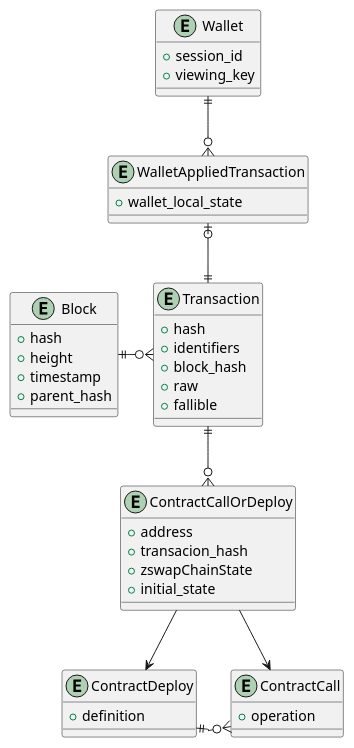
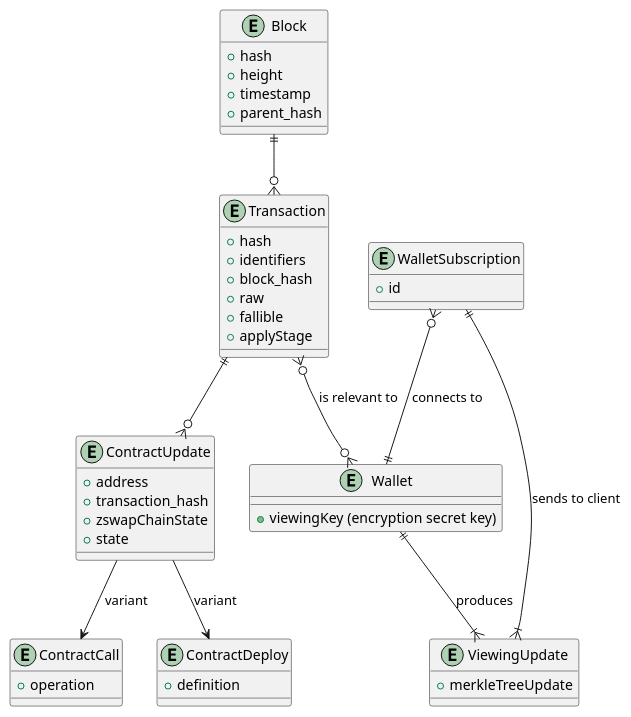
One commit to midnightntwrk/midnight-architecture changed the diagram in components/PubSubIndexer/datamodel.puml. Above: the diagram before and after it, drawn with PlantUML. The commit also changed 6 other files, not shown here.

```diff
--- a/components/PubSubIndexer/datamodel.puml
+++ b/components/PubSubIndexer/datamodel.puml
@@ -1,51 +1,55 @@
 @startuml
 
 entity Block {
 + hash
 + height
 + timestamp
 + parent_hash
 }
 
-entity Wallet {
-+ session_id
-+ viewing_key
+entity WalletSubscription {
++ id
 }
 
-entity WalletAppliedTransaction {
-+ wallet_local_state  
+entity ViewingUpdate {
++ merkleTreeUpdate
+}
+
+entity Wallet {
++ viewingKey (encryption secret key)
 }
 
 entity Transaction {
 + hash
 + identifiers
 + block_hash
 + raw
 + fallible
++ applyStage
 }
 
-entity ContractCallOrDeploy {
+entity ContractUpdate {
 + address
-+ transacion_hash
++ transaction_hash
 + zswapChainState
-+ initial_state
++ state
 }
 
 entity ContractDeploy {
 + definition
 }
 
 entity ContractCall {
 + operation
 }
 
-Block ||-o{ Transaction
-Wallet ||--o{ WalletAppliedTransaction
-WalletAppliedTransaction |o--|| Transaction
-Transaction ||--o{ ContractCallOrDeploy
-ContractCallOrDeploy --> ContractCall
-ContractCallOrDeploy --> ContractDeploy
-ContractDeploy ||--o{ ContractCall
-ContractDeploy -[hidden] ContractCall
+Block ||--o{ Transaction
+Transaction ||--o{ ContractUpdate
+ContractUpdate --> ContractCall : variant
+ContractUpdate --> ContractDeploy : variant
 
+Transaction }o--o{ Wallet : is relevant to
+Wallet ||--|{ ViewingUpdate : produces
+WalletSubscription }o--|| Wallet : connects to
+WalletSubscription ||--|{ ViewingUpdate : sends to client
 @enduml
```
